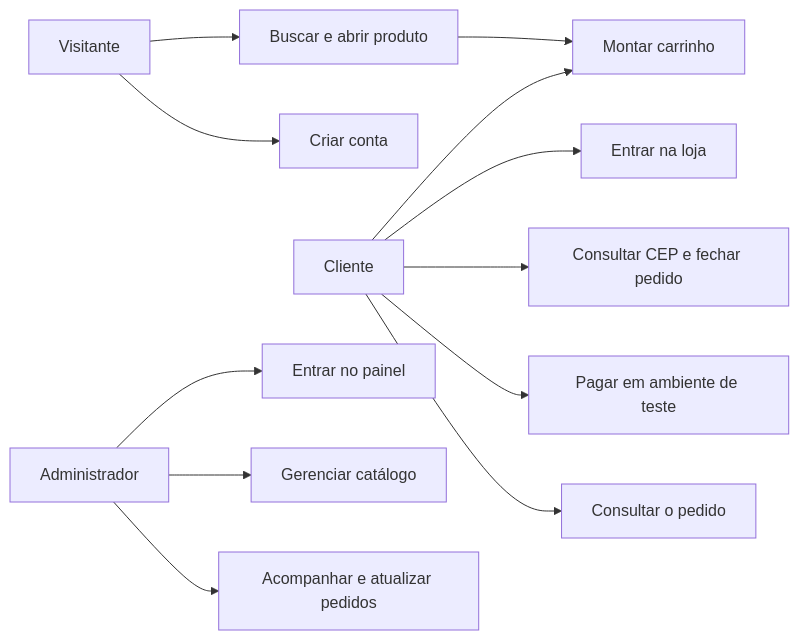
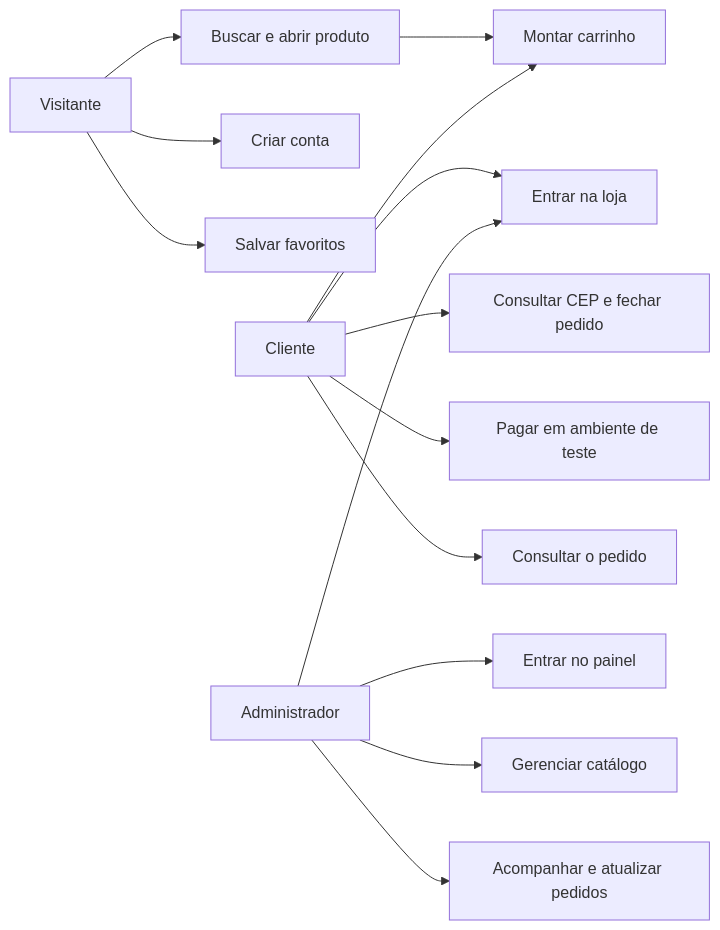
One commit to KaahRomao/loja-virtual changed the diagram in documentos/requisitos.md. Above: the diagram before and after it, drawn with Mermaid. The commit also changed other lines of this file and 15 other files, not shown here.

````diff
--- a/documentos/requisitos.md
+++ b/documentos/requisitos.md
@@ -22,14 +25,16 @@
 ```mermaid
 flowchart LR
   V[Visitante] --> C[Buscar e abrir produto]
   V --> A[Criar conta]
+  V --> F[Salvar favoritos]
   C --> B[Montar carrinho]
   U[Cliente] --> L[Entrar na loja]
   U --> B
   U --> E[Consultar CEP e fechar pedido]
   U --> P[Pagar em ambiente de teste]
   U --> S[Consultar o pedido]
-  G[Administrador] --> X[Entrar no painel]
+  G[Administrador] --> L
+  G --> X[Entrar no painel]
   G --> M[Gerenciar catálogo]
   G --> R[Acompanhar e atualizar pedidos]
 ```
````
